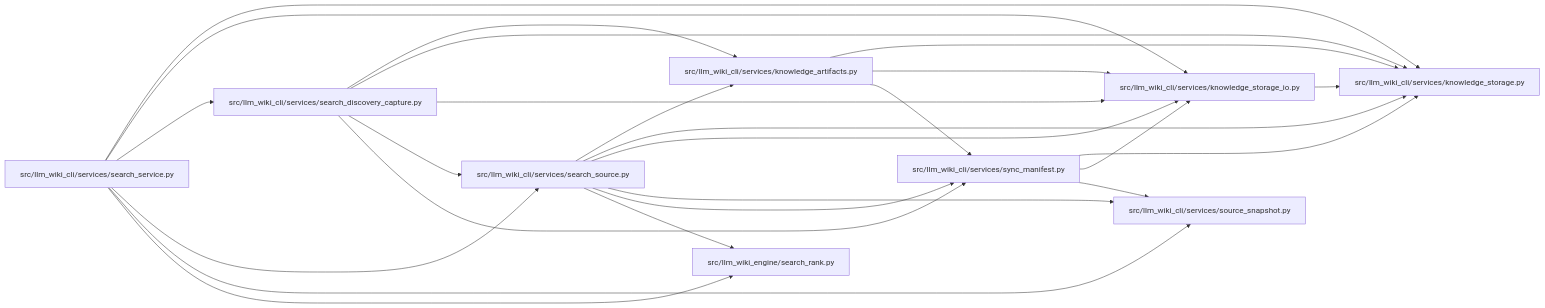
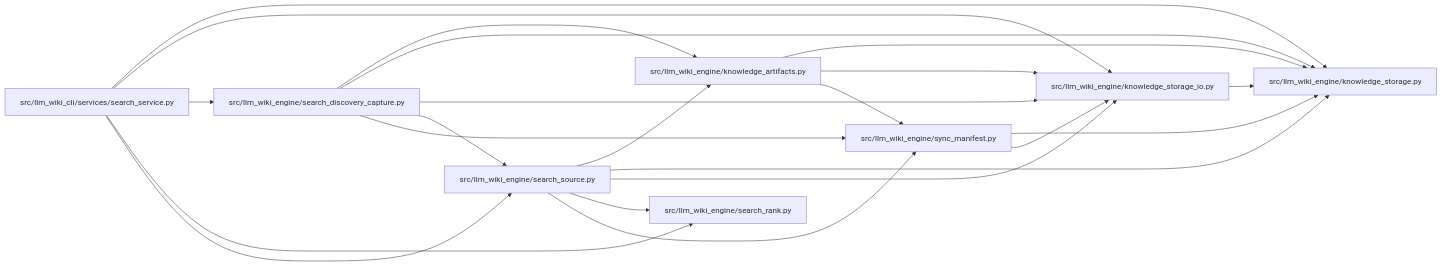
One commit to Denissvgn/python-wiki-llm changed the diagram in docs/llm_wiki/modules/search_source.md. Above: the diagram before and after it, drawn with Mermaid. The commit also changed other lines of this file and 1058 other files, not shown here.

First line of the commit message:
docs: refresh the wiki for the knowledge store move

````diff
--- a/docs/llm_wiki/modules/search_source.md
+++ b/docs/llm_wiki/modules/search_source.md
@@ -28,45 +27,40 @@
 ```mermaid
 flowchart LR
-    n0["src/llm_wiki_cli/services/knowledge_artifacts.py"]
-    n1["src/llm_wiki_cli/services/knowledge_storage.py"]
-    n2["src/llm_wiki_cli/services/knowledge_storage_io.py"]
-    n3["src/llm_wiki_cli/services/search_discovery_capture.py"]
-    n4["src/llm_wiki_cli/services/search_service.py"]
-    n5["src/llm_wiki_cli/services/search_source.py"]
-    n6["src/llm_wiki_cli/services/source_snapshot.py"]
-    n7["src/llm_wiki_cli/services/sync_manifest.py"]
-    n8["src/llm_wiki_engine/search_rank.py"]
-    n0 --> n1
+    n0["src/llm_wiki_cli/services/search_service.py"]
+    n1["src/llm_wiki_engine/knowledge_artifacts.py"]
+    n2["src/llm_wiki_engine/knowledge_storage.py"]
+    n3["src/llm_wiki_engine/knowledge_storage_io.py"]
+    n4["src/llm_wiki_engine/search_discovery_capture.py"]
+    n5["src/llm_wiki_engine/search_rank.py"]
+    n6["src/llm_wiki_engine/search_source.py"]
+    n7["src/llm_wiki_engine/sync_manifest.py"]
     n0 --> n2
-    n0 --> n7
-    n2 --> n1
-    n3 --> n0
-    n3 --> n1
+    n0 --> n3
+    n0 --> n4
+    n0 --> n5
+    n0 --> n6
+    n1 --> n2
+    n1 --> n3
+    n1 --> n7
     n3 --> n2
-    n3 --> n5
-    n3 --> n7
     n4 --> n1
     n4 --> n2
     n4 --> n3
-    n4 --> n5
     n4 --> n6
-    n4 --> n8
-    n5 --> n0
-    n5 --> n1
-    n5 --> n2
-    n5 --> n6
-    n5 --> n7
-    n5 --> n8
-    n7 --> n1
+    n4 --> n7
+    n6 --> n1
+    n6 --> n2
+    n6 --> n3
+    n6 --> n5
+    n6 --> n7
     n7 --> n2
-    n7 --> n6
-    click n0 "../modules/knowledge_artifacts.md"
-    click n1 "../modules/knowledge_storage.md"
-    click n2 "../modules/knowledge_storage_io.md"
-    click n3 "../modules/search_discovery_capture.md"
-    click n4 "../modules/search_service.md"
-    click n5 "../modules/search_source.md"
-    click n6 "../modules/source_snapshot.md"
+    n7 --> n3
+    click n0 "../modules/search_service.md"
+    click n1 "../modules/knowledge_artifacts.md"
+    click n2 "../modules/knowledge_storage.md"
+    click n3 "../modules/knowledge_storage_io.md"
+    click n4 "../modules/search_discovery_capture.md"
+    click n5 "../modules/search_rank.md"
+    click n6 "../modules/search_source.md"
     click n7 "../modules/sync_manifest.md"
-    click n8 "../modules/search_rank.md"
 ```
````
